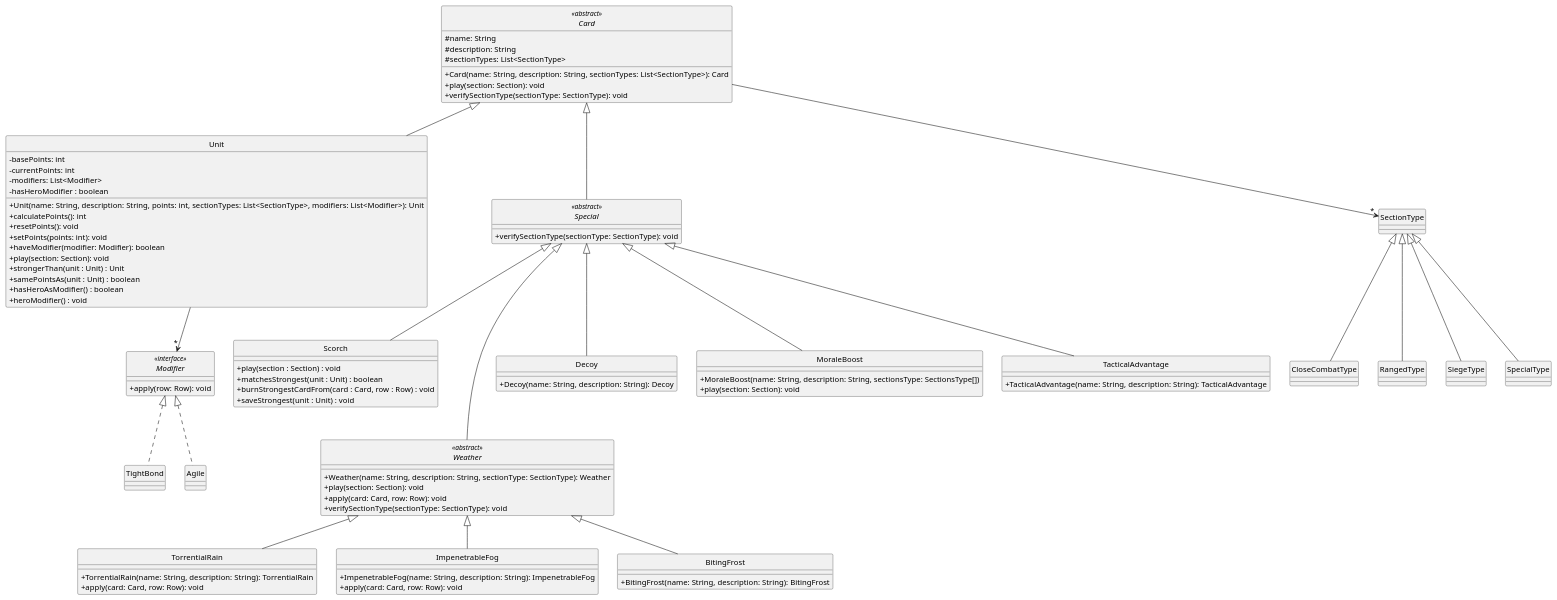
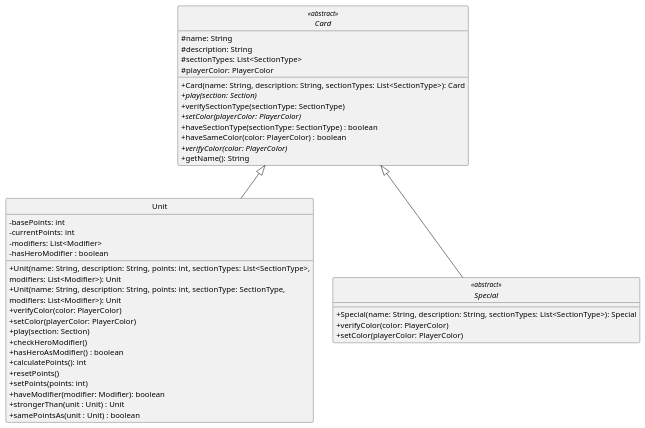
The diagram in diagrams/classes/cards.plantuml (Yonhir/algo3_proyecto_base_tp2), drawn with PlantUML before and after one commit. The commit also changed 5 other files, not shown here.

Commit message:
Issue 62 - Diagramas de clases del package cards (#63)

```diff
--- a/diagrams/classes/cards.plantuml
+++ b/diagrams/classes/cards.plantuml
@@ -1,121 +1,61 @@
 @startuml
 
 skinparam monochrome true
 hide circle
 skinparam classAttributeIconSize 0
 
 ' =====================
 ' CARD HIERARCHY
 ' =====================
 
 abstract class Card <<abstract>> {
   #name: String
   #description: String
   #sectionTypes: List<SectionType>
+  #playerColor: PlayerColor
   +Card(name: String, description: String, sectionTypes: List<SectionType>): Card
-  +play(section: Section): void
-  +verifySectionType(sectionType: SectionType): void
+  +{abstract}play(section: Section)
+  +verifySectionType(sectionType: SectionType)
+  +{abstract}setColor(playerColor: PlayerColor)
+  +haveSectionType(sectionType: SectionType) : boolean
+  +haveSameColor(color: PlayerColor) : boolean
+  +{abstract}verifyColor(color: PlayerColor)
+  +getName(): String
 }
 
 class Unit {
   -basePoints: int
   -currentPoints: int
   -modifiers: List<Modifier>
   -hasHeroModifier : boolean
-  +Unit(name: String, description: String, points: int, sectionTypes: List<SectionType>, modifiers: List<Modifier>): Unit
+  +Unit(name: String, description: String, points: int, sectionTypes: List<SectionType>,
+  modifiers: List<Modifier>): Unit
+  +Unit(name: String, description: String, points: int, sectionType: SectionType,
+  modifiers: List<Modifier>): Unit
+  +verifyColor(color: PlayerColor)
+  +setColor(playerColor: PlayerColor)
+  +play(section: Section)
+  +checkHeroModifier()
+  +hasHeroAsModifier() : boolean
   +calculatePoints(): int
-  +resetPoints(): void
-  +setPoints(points: int): void
+  +resetPoints()
+  +setPoints(points: int)
   +haveModifier(modifier: Modifier): boolean
-  +play(section: Section): void
   +strongerThan(unit : Unit) : Unit
   +samePointsAs(unit : Unit) : boolean
-  +hasHeroAsModifier() : boolean
-  +heroModifier() : void
 }
 
 abstract class Special <<abstract>> {
-  +verifySectionType(sectionType: SectionType): void
-}
-
-class Scorch {
-  +play(section : Section) : void
-  +matchesStrongest(unit : Unit) : boolean
-  +burnStrongestCardFrom(card : Card, row : Row) : void
-  +saveStrongest(unit : Unit) : void
-}
-
-interface Modifier <<interface>> {
-  +apply(row: Row): void
-}
-
-class TightBond {
-}
-
-class Agile {
-}
-
-abstract class Weather <<abstract>> {
-  +Weather(name: String, description: String, sectionType: SectionType): Weather
-  +play(section: Section): void
-  +apply(card: Card, row: Row): void
-  +verifySectionType(sectionType: SectionType): void
-}
-
-class TorrentialRain {
-  +TorrentialRain(name: String, description: String): TorrentialRain
-  +apply(card: Card, row: Row): void
-}
-
-class ImpenetrableFog {
-  +ImpenetrableFog(name: String, description: String): ImpenetrableFog
-  +apply(card: Card, row: Row): void
-}
-
-class BitingFrost {
-  +BitingFrost(name: String, description: String): BitingFrost
-}
-
-class Decoy {
-  +Decoy(name: String, description: String): Decoy
-}
-
-class MoraleBoost{
-  +MoraleBoost(name: String, description: String, sectionsType: SectionsType[])
-  +play(section: Section): void
-}
-
-class TacticalAdvantage {
-  +TacticalAdvantage(name: String, description: String): TacticalAdvantage
+  +Special(name: String, description: String, sectionTypes: List<SectionType>): Special
+  +verifyColor(color: PlayerColor)
+  +setColor(playerColor: PlayerColor)
 }
 
 ' =====================
 ' RELATIONSHIPS
 ' =====================
 
 Card <|-- Unit
 Card <|-- Special
 
-Card --> "*" SectionType
-
-SectionType <|-- CloseCombatType
-SectionType <|-- RangedType
-SectionType <|-- SiegeType
-SectionType <|-- SpecialType
-
-Unit --> "*" Modifier
-
-Modifier <|.. TightBond
-Modifier <|.. Agile
-
-Special <|-- Decoy
-Special <|-- TacticalAdvantage
-Special <|-- Scorch
-Special <|-- MoraleBoost
-Special <|--- Weather
-
-Weather <|-- TorrentialRain
-Weather <|-- ImpenetrableFog
-Weather <|-- BitingFrost
-
 @enduml
```
